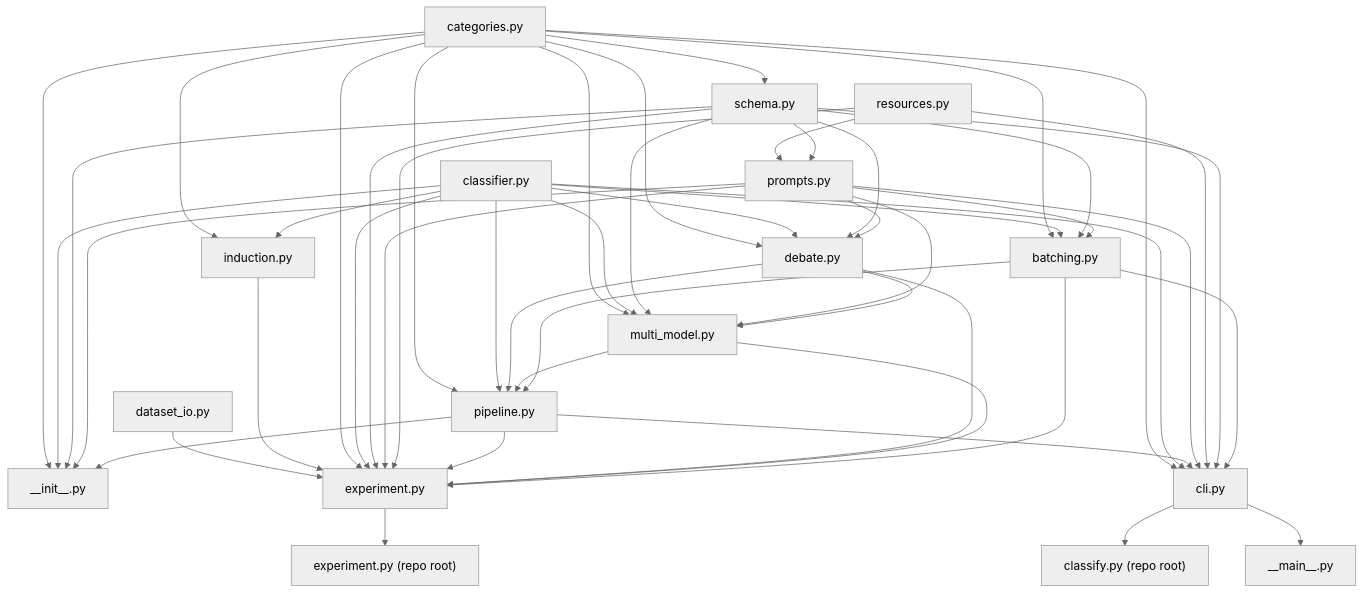
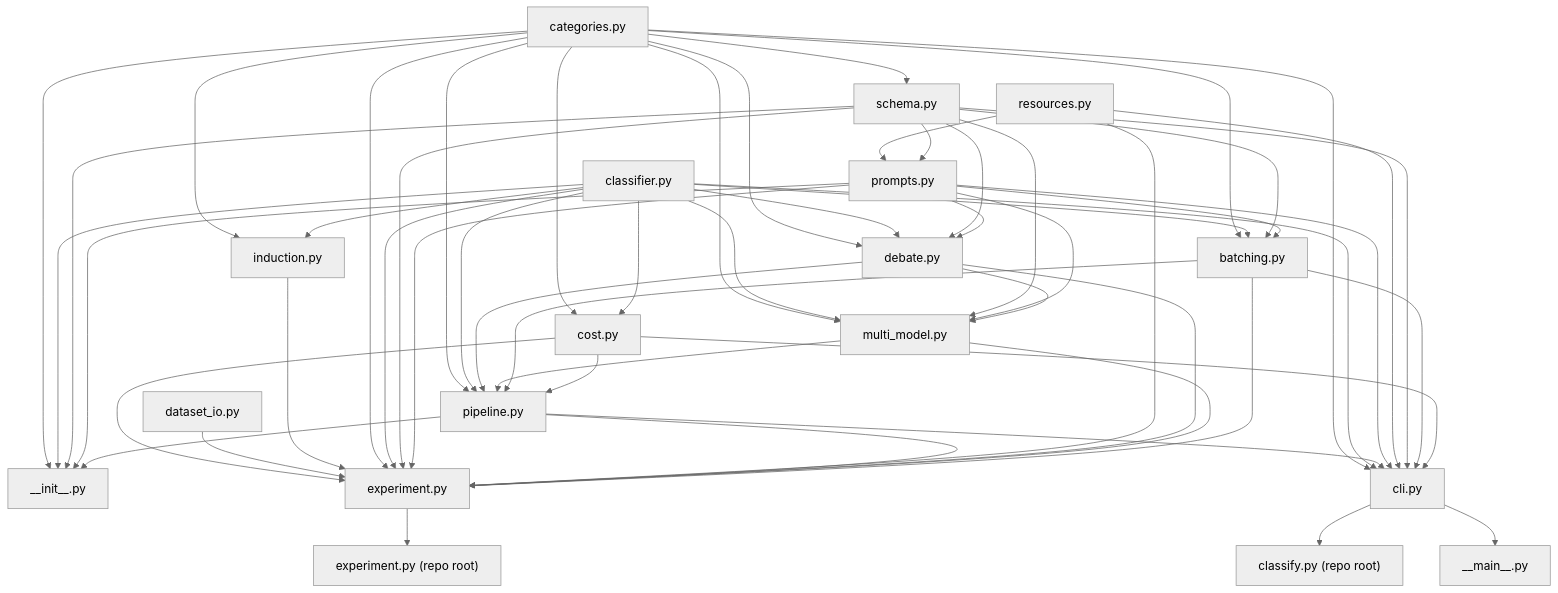
One commit to bastianellie/ds-query-classification changed the diagram in spec/ARCHITECTURE.md. Above: the diagram before and after it, drawn with Mermaid (neutral theme). The commit also changed other lines of this file and 15 other files, not shown here.

````diff
--- a/spec/ARCHITECTURE.md
+++ b/spec/ARCHITECTURE.md
@@ -18,52 +18,57 @@
 ```mermaid
 graph TD
     categories[categories.py] --> schema[schema.py]
     categories --> pipeline[pipeline.py]
     categories --> init["__init__.py"]
     categories --> debate[debate.py]
     classifier[classifier.py] --> pipeline
     classifier --> init
     classifier --> debate
     resources[resources.py] --> prompts[prompts.py]
     schema --> prompts
     schema --> init
     schema --> debate
     prompts --> init
     prompts --> debate
     categories --> multi_model[multi_model.py]
     classifier --> multi_model
     schema --> multi_model
     prompts --> multi_model
     debate --> multi_model
     debate --> pipeline
     multi_model --> pipeline
     categories --> batching[batching.py]
     classifier --> batching
     schema --> batching
     prompts --> batching
     batching --> pipeline
     pipeline --> init
     categories --> cli[cli.py]
     classifier --> cli
     pipeline --> cli
     prompts --> cli
     resources --> cli
     schema --> cli
     batching --> cli
+    categories --> cost[cost.py]
+    classifier --> cost
+    cost --> pipeline
+    cost --> cli
+    cost --> experiment
     cli --> main["__main__.py"]
     cli --> classify_py["classify.py (repo root)"]
     categories --> induction[induction.py]
     classifier --> induction
     dataset_io[dataset_io.py] --> experiment[experiment.py]
     induction --> experiment
     categories --> experiment
     classifier --> experiment
     schema --> experiment
     prompts --> experiment
     resources --> experiment
     pipeline --> experiment
     debate --> experiment
     multi_model --> experiment
     batching --> experiment
     experiment --> experiment_py["experiment.py (repo root)"]
 ```
````
